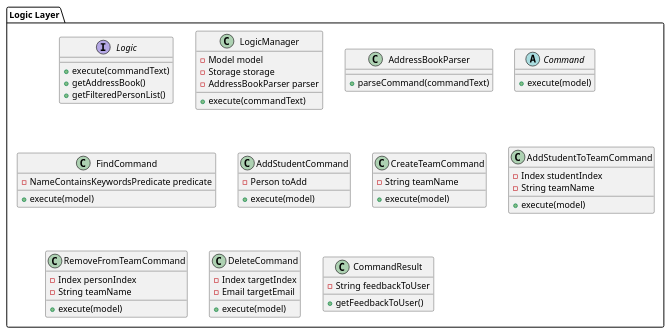
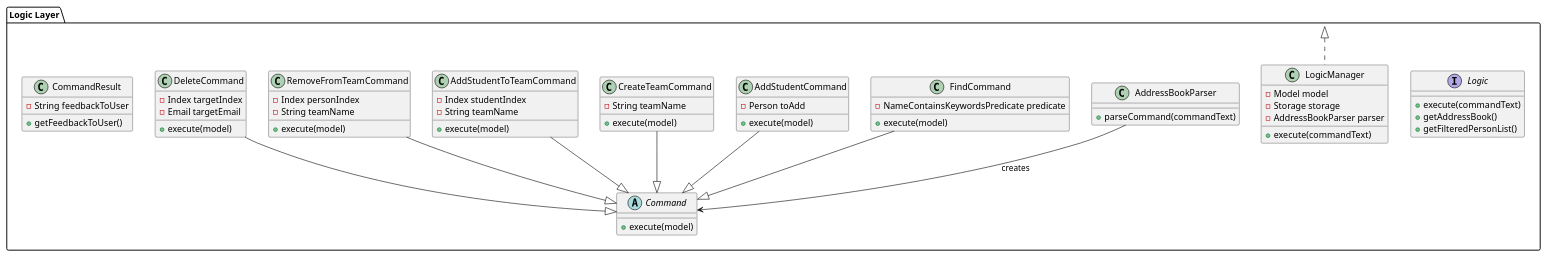
One commit to ziheng119/tp changed the diagram in docs/UML/Logic.puml. Above: the diagram before and after it, drawn with PlantUML.

```diff
--- a/docs/UML/Logic.puml
+++ b/docs/UML/Logic.puml
@@ -1,60 +1,69 @@
 package "Logic Layer" as Logic {
     interface Logic {
         +execute(commandText)
         +getAddressBook()
         +getFilteredPersonList()
     }
 
     class LogicManager {
         -Model model
         -Storage storage
         -AddressBookParser parser
         +execute(commandText)
     }
 
     class AddressBookParser {
         +parseCommand(commandText)
     }
 
     abstract class Command {
         +execute(model)
     }
 
     class FindCommand {
         -NameContainsKeywordsPredicate predicate
         +execute(model)
     }
 
     class AddStudentCommand {
         -Person toAdd
         +execute(model)
     }
 
     class CreateTeamCommand {
         -String teamName
         +execute(model)
     }
 
     class AddStudentToTeamCommand {
         -Index studentIndex
         -String teamName
         +execute(model)
     }
 
     class RemoveFromTeamCommand {
         -Index personIndex
         -String teamName
         +execute(model)
     }
 
     class DeleteCommand {
         -Index targetIndex
         -Email targetEmail
         +execute(model)
     }
 
     class CommandResult {
         -String feedbackToUser
         +getFeedbackToUser()
     }
 }
+
+LogicManager .up.|> Logic
+AddressBookParser --> Command : creates
+FindCommand --|> Command
+AddStudentCommand --|> Command
+CreateTeamCommand --|> Command
+AddStudentToTeamCommand --|> Command
+RemoveFromTeamCommand --|> Command
+DeleteCommand --|> Command
```
